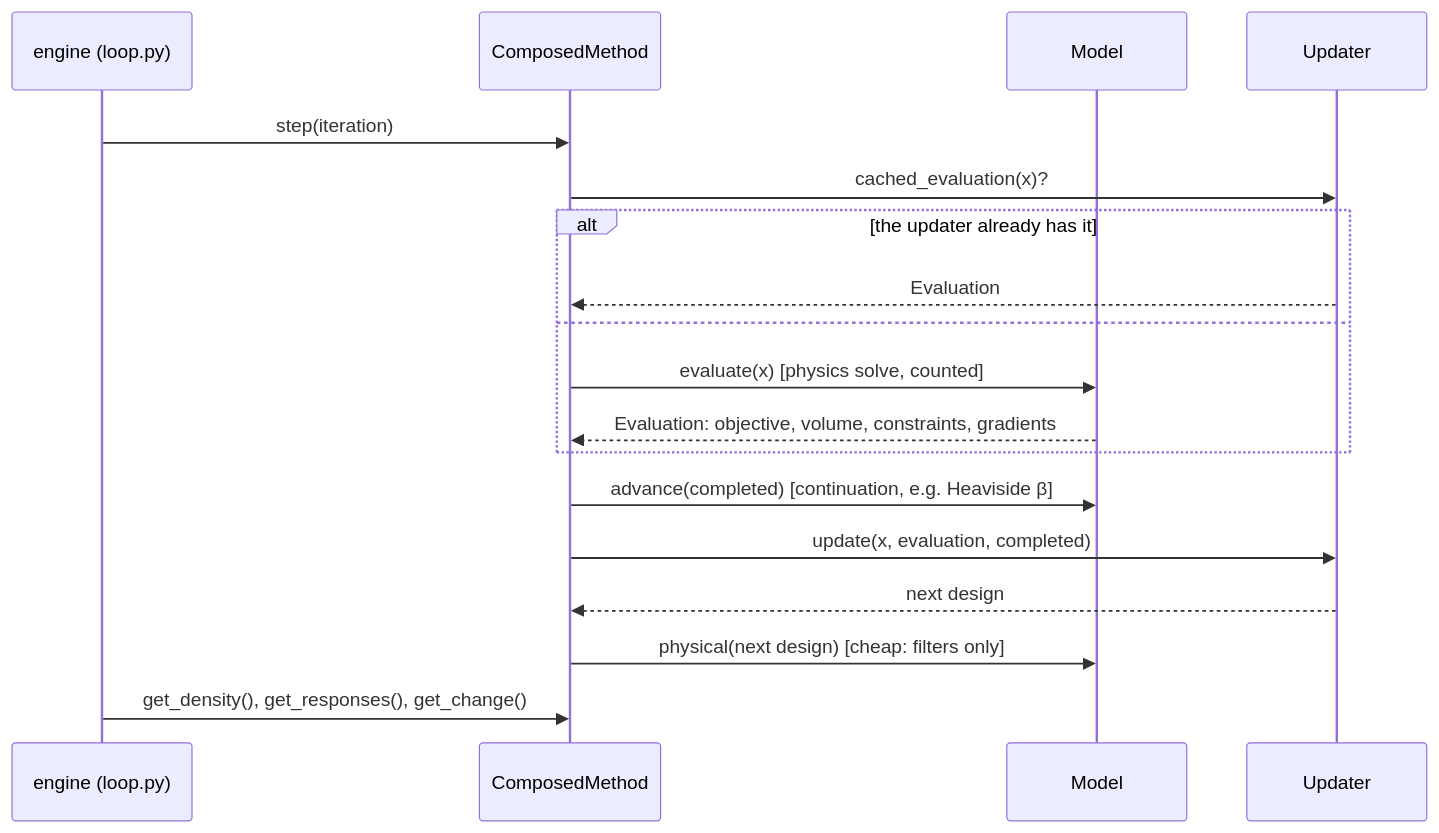
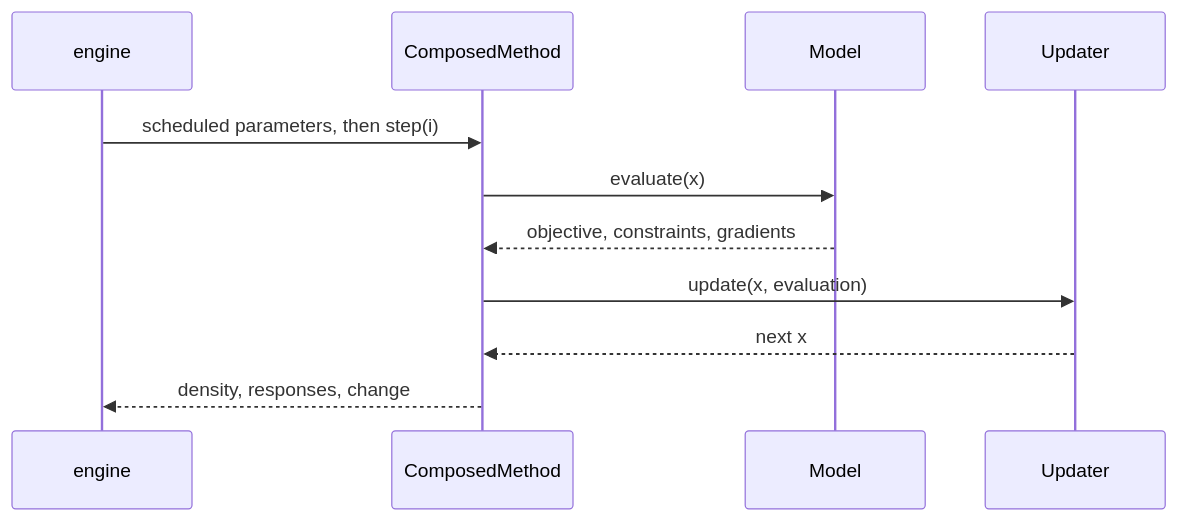
Before and after one commit to Toporia/Toporia-launcher: the fifth of 6 diagrams in toporia/framework/README.md, drawn with Mermaid. The commit also changed other lines of this file and 48 other files, not shown here.

````diff
--- a/toporia/framework/README.md
+++ b/toporia/framework/README.md
@@ -176,20 +152,13 @@
 ```mermaid
 sequenceDiagram
-    participant E as engine (loop.py)
+    participant E as engine
     participant C as ComposedMethod
     participant M as Model
     participant U as Updater
-    E->>C: step(iteration)
-    C->>U: cached_evaluation(x)?
-    alt the updater already has it
-        U-->>C: Evaluation
-    else
-        C->>M: evaluate(x)  [physics solve, counted]
-        M-->>C: Evaluation: objective, volume, constraints, gradients
-    end
-    C->>M: advance(completed)  [continuation, e.g. Heaviside β]
-    C->>U: update(x, evaluation, completed)
-    U-->>C: next design
-    C->>M: physical(next design)  [cheap: filters only]
-    E->>C: get_density(), get_responses(), get_change()
+    E->>C: scheduled parameters, then step(i)
+    C->>M: evaluate(x)
+    M-->>C: objective, constraints, gradients
+    C->>U: update(x, evaluation)
+    U-->>C: next x
+    C-->>E: density, responses, change
 ```
````
